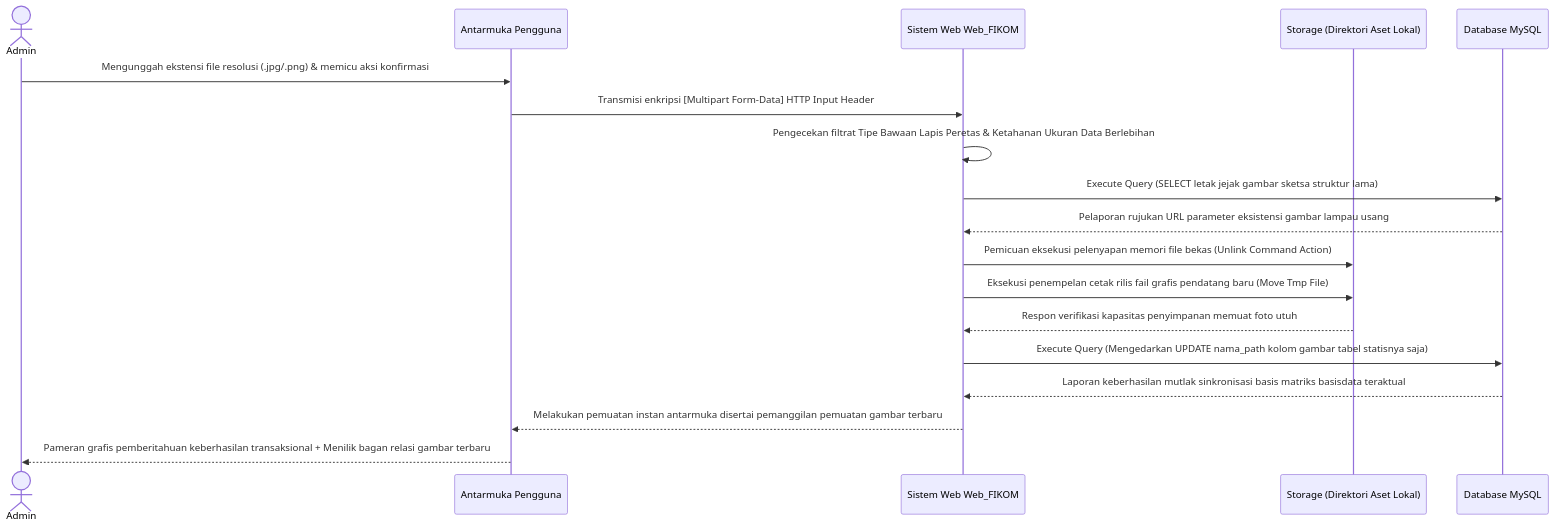
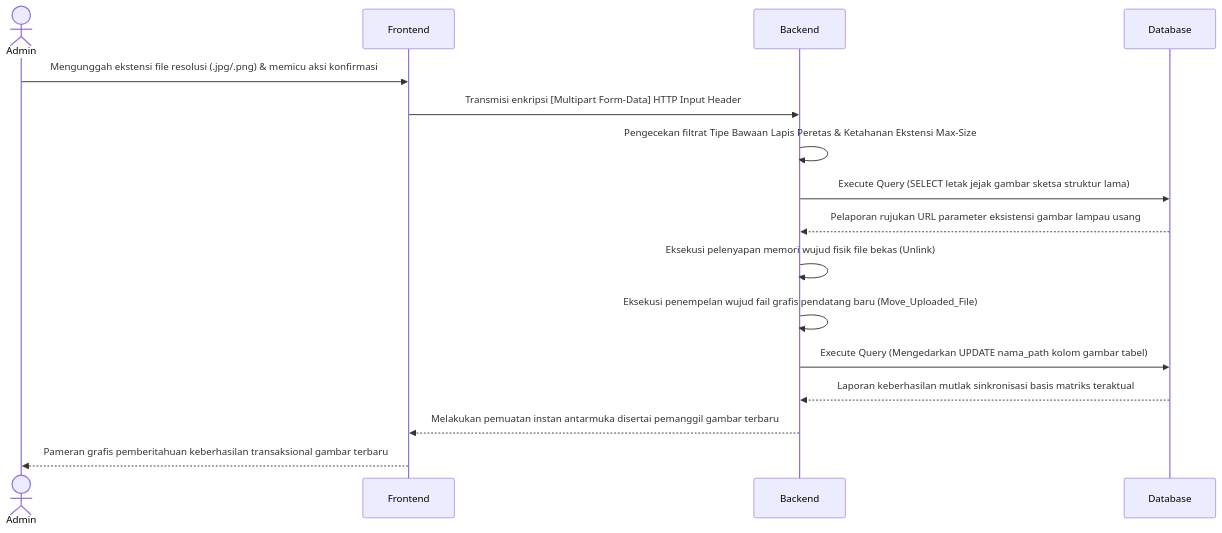
One commit to arbain-dev/Web_fikom changed the second of 4 diagrams in docs/02_DIAGRAM_URUTAN_SEQUENCE.md. Above: the diagram before and after it, drawn with Mermaid. The commit also changed other lines of this file, not shown here.

Commit message:
docs: mengubah nomenklatur entitas diagram sequence menjadi murni 3 pilar (Frontend, Backend, Database)

````diff
--- a/docs/02_DIAGRAM_URUTAN_SEQUENCE.md
+++ b/docs/02_DIAGRAM_URUTAN_SEQUENCE.md
@@ -29,21 +29,19 @@
 ```mermaid
 sequenceDiagram
     actor Admin
-    participant Antarmuka as Antarmuka Pengguna
-    participant Sistem as Sistem Web Web_FIKOM
-    participant Storage as Storage (Direktori Aset Lokal)
-    participant Database as Database MySQL
+    participant Frontend as Frontend
+    participant Backend as Backend
+    participant Database as Database
     
-    Admin->>Antarmuka: Mengunggah ekstensi file resolusi (.jpg/.png) & memicu aksi konfirmasi
-    Antarmuka->>Sistem: Transmisi enkripsi [Multipart Form-Data] HTTP Input Header
-    Sistem->>Sistem: Pengecekan filtrat Tipe Bawaan Lapis Peretas & Ketahanan Ukuran Data Berlebihan
-    Sistem->>Database: Execute Query (SELECT letak jejak gambar sketsa struktur lama)
-    Database-->>Sistem: Pelaporan rujukan URL parameter eksistensi gambar lampau usang
-    Sistem->>Storage: Pemicuan eksekusi pelenyapan memori file bekas (Unlink Command Action)
-    Sistem->>Storage: Eksekusi penempelan cetak rilis fail grafis pendatang baru (Move Tmp File)
-    Storage-->>Sistem: Respon verifikasi kapasitas penyimpanan memuat foto utuh
-    Sistem->>Database: Execute Query (Mengedarkan UPDATE nama_path kolom gambar tabel statisnya saja)
-    Database-->>Sistem: Laporan keberhasilan mutlak sinkronisasi basis matriks basisdata teraktual
-    Sistem-->>Antarmuka: Melakukan pemuatan instan antarmuka disertai pemanggilan pemuatan gambar terbaru
-    Antarmuka-->>Admin: Pameran grafis pemberitahuan keberhasilan transaksional + Menilik bagan relasi gambar terbaru
+    Admin->>Frontend: Mengunggah ekstensi file resolusi (.jpg/.png) & memicu aksi konfirmasi
+    Frontend->>Backend: Transmisi enkripsi [Multipart Form-Data] HTTP Input Header
+    Backend->>Backend: Pengecekan filtrat Tipe Bawaan Lapis Peretas & Ketahanan Ekstensi Max-Size
+    Backend->>Database: Execute Query (SELECT letak jejak gambar sketsa struktur lama)
+    Database-->>Backend: Pelaporan rujukan URL parameter eksistensi gambar lampau usang
+    Backend->>Backend: Eksekusi pelenyapan memori wujud fisik file bekas (Unlink)
+    Backend->>Backend: Eksekusi penempelan wujud fail grafis pendatang baru (Move_Uploaded_File)
+    Backend->>Database: Execute Query (Mengedarkan UPDATE nama_path kolom gambar tabel)
+    Database-->>Backend: Laporan keberhasilan mutlak sinkronisasi basis matriks teraktual
+    Backend-->>Frontend: Melakukan pemuatan instan antarmuka disertai pemanggil gambar terbaru
+    Frontend-->>Admin: Pameran grafis pemberitahuan keberhasilan transaksional gambar terbaru
 ```
````
